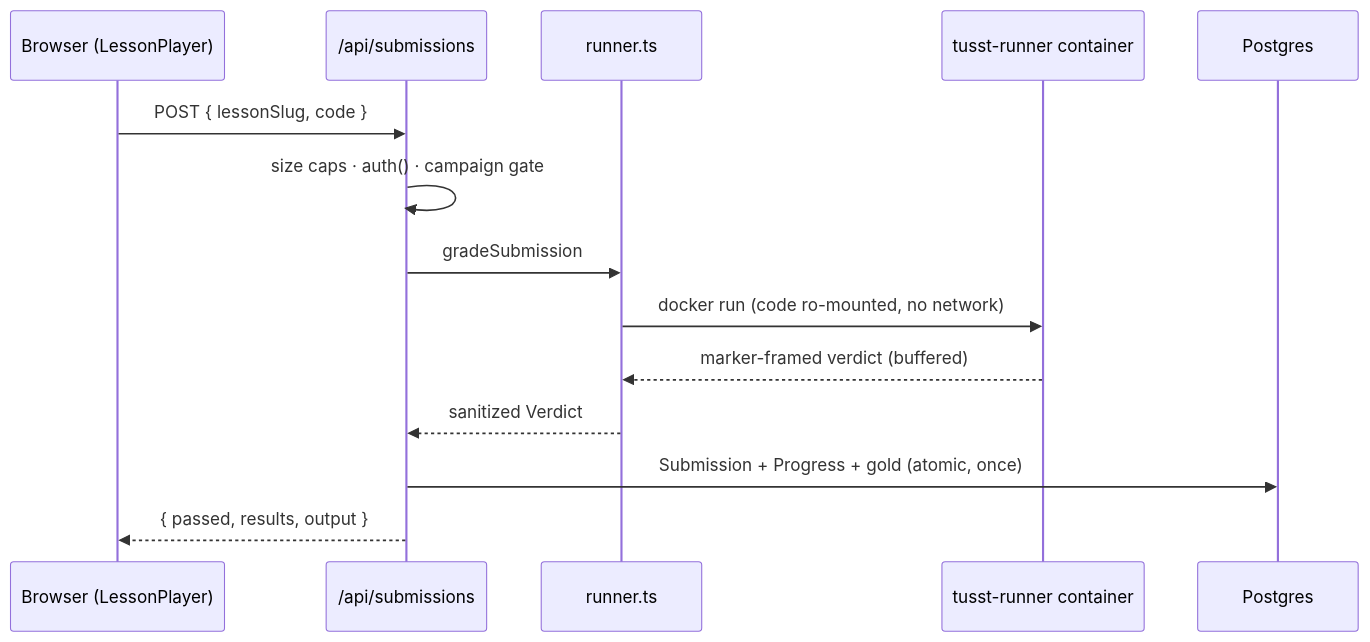
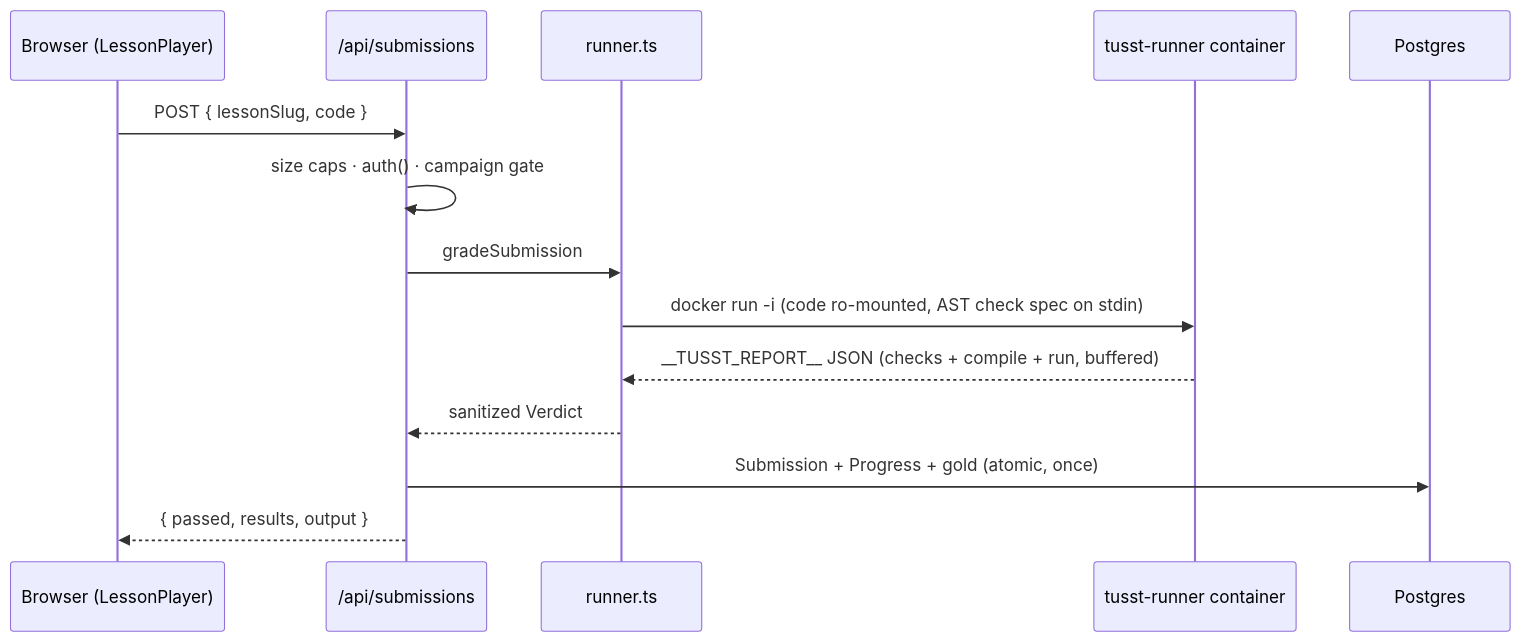
Before and after one commit to pedro-pelicioni/tusst: the third of 6 diagrams in ARCHITECTURE.md, drawn with Mermaid. The commit also changed other lines of this file and 30 other files, not shown here.

Commit message:
feat: implement Rust code runner and static analysis engine with comprehensive AST evaluation support

````diff
--- a/ARCHITECTURE.md
+++ b/ARCHITECTURE.md
@@ -182,17 +190,17 @@
 ```mermaid
 sequenceDiagram
     participant B as Browser (LessonPlayer)
     participant A as /api/submissions
     participant R as runner.ts
     participant C as tusst-runner container
     participant DB as Postgres
 
     B->>A: POST { lessonSlug, code }
     A->>A: size caps · auth() · campaign gate
     A->>R: gradeSubmission
-    R->>C: docker run (code ro-mounted, no network)
-    C-->>R: marker-framed verdict (buffered)
+    R->>C: docker run -i (code ro-mounted, AST check spec on stdin)
+    C-->>R: __TUSST_REPORT__ JSON (checks + compile + run, buffered)
     R-->>A: sanitized Verdict
     A->>DB: Submission + Progress + gold (atomic, once)
     A-->>B: { passed, results, output }
 ```
````
